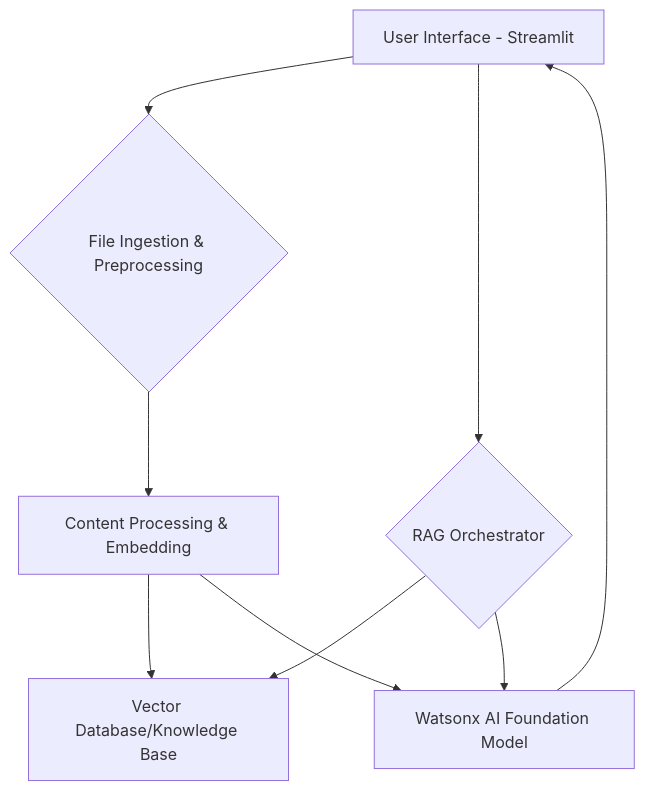
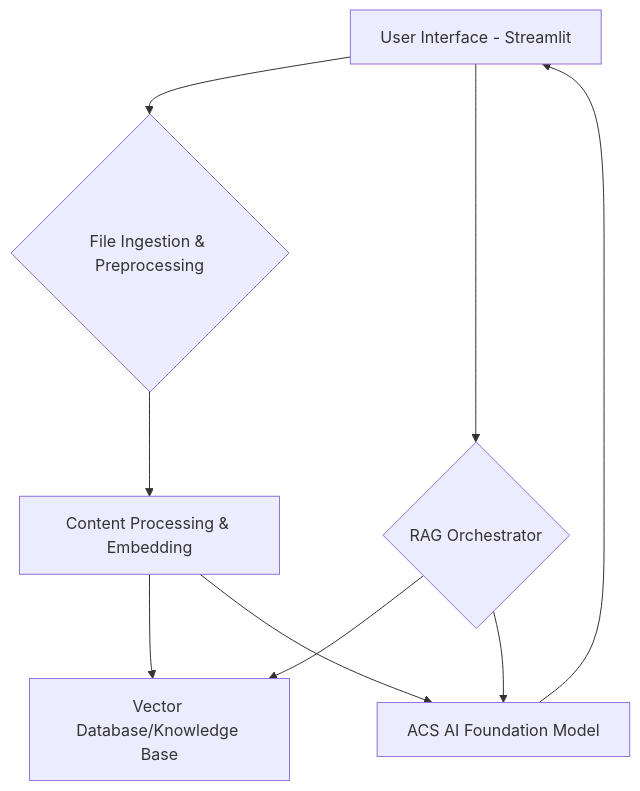
One commit to mounseflit/ACS-RAG changed the diagram in Readme.md. Above: the diagram before and after it, drawn with Mermaid. The commit also changed other lines of this file, not shown here.

````diff
--- a/Readme.md
+++ b/Readme.md
@@ -21,11 +21,11 @@
 ```mermaid
 graph TD
     A[User Interface - Streamlit] --> B{File Ingestion & Preprocessing}
     B --> C[Content Processing & Embedding]
     C --> D[Vector Database/Knowledge Base]
     A --> E{RAG Orchestrator}
     E --> D
-    E --> F[Watsonx AI Foundation Model]
+    E --> F[ACS AI Foundation Model]
     F --> A
     C --> F
 ```
````
